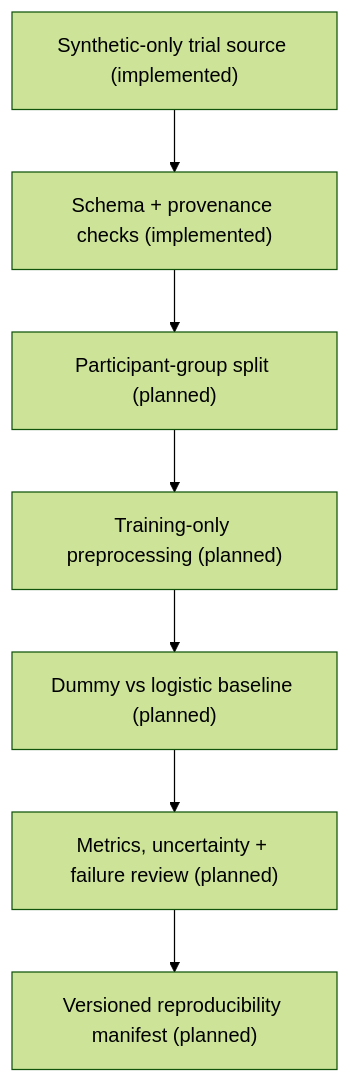
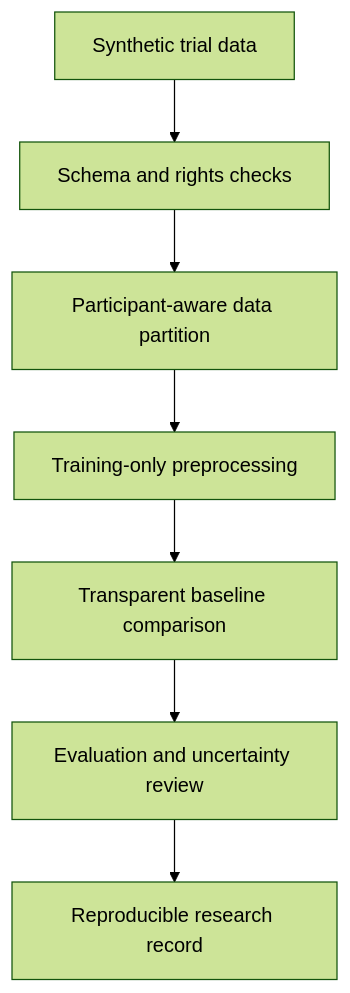
One commit to aradmanamnaoon/psychneuro-openbench changed the diagram in README.md. Above: the diagram before and after it, drawn with Mermaid (forest theme). The commit also changed other lines of this file, not shown here.

Commit message:
docs: align public research README with implemented capabilities and concise engineering evidence

````diff
--- a/README.md
+++ b/README.md
@@ -66,9 +124,9 @@
-```mermaid
+~~~mermaid
 flowchart TD
-    A["Synthetic-only trial source (implemented)"] --> B["Schema + provenance checks (implemented)"]
-    B --> C["Participant-group split (planned)"]
-    C --> D["Training-only preprocessing (planned)"]
-    D --> E["Dummy vs logistic baseline (planned)"]
-    E --> F["Metrics, uncertainty + failure review (planned)"]
-    F --> G["Versioned reproducibility manifest (planned)"]
-```
+    A["Synthetic trial data"] --> B["Schema and rights checks"]
+    B --> C["Participant-aware data partition"]
+    C --> D["Training-only preprocessing"]
+    D --> E["Transparent baseline comparison"]
+    E --> F["Evaluation and uncertainty review"]
+    F --> G["Reproducible research record"]
+~~~
````
